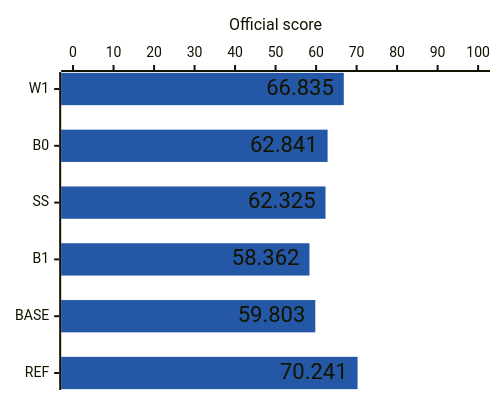
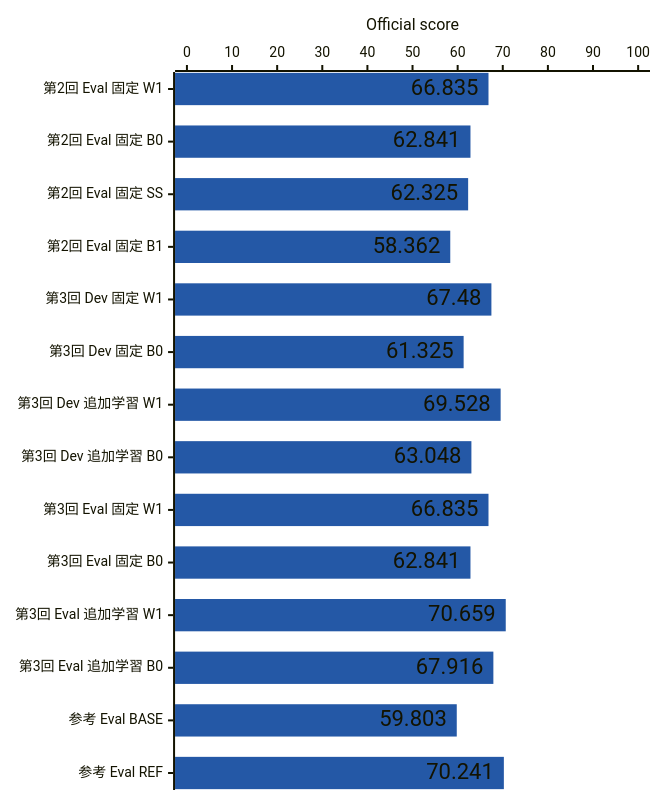
One commit to kasahart/asd-experiments changed the diagram in README.md. Above: the diagram before and after it, drawn with Mermaid. The commit also changed other lines of this file and 5 other files, not shown here.

First line of the commit message:
Merge README method and score tables and draw one chart for all rounds

````diff
--- a/README.md
+++ b/README.md
@@ -86,17 +64,17 @@
 ```mermaid
 ---
 config:
     xyChart:
-        width: 480
-        height: 380
+        width: 640
+        height: 780
         showDataLabel: true
     themeVariables:
         xyChart:
             plotColorPalette: "#2458a6"
-    themeCSS: ".bar-plot-0 rect:nth-child(n+5) { fill: #9099a5; }"
+    themeCSS: ".bar-plot-0 rect:nth-child(n+13) { fill: #9099a5; }"
 ---
 xychart-beta horizontal
-    x-axis ["W1", "B0", "SS", "B1", "BASE", "REF"]
+    x-axis ["第2回 Eval 固定 W1", "第2回 Eval 固定 B0", "第2回 Eval 固定 SS", "第2回 Eval 固定 B1", "第3回 Dev 固定 W1", "第3回 Dev 固定 B0", "第3回 Dev 追加学習 W1", "第3回 Dev 追加学習 B0", "第3回 Eval 固定 W1", "第3回 Eval 固定 B0", "第3回 Eval 追加学習 W1", "第3回 Eval 追加学習 B0", "参考 Eval BASE", "参考 Eval REF"]
     y-axis "Official score" 0 --> 100
-    bar [66.835, 62.841, 62.325, 58.362, 59.803, 70.241]
+    bar [66.835, 62.841, 62.325, 58.362, 67.480, 61.325, 69.528, 63.048, 66.835, 62.841, 70.659, 67.916, 59.803, 70.241]
 ```
````
